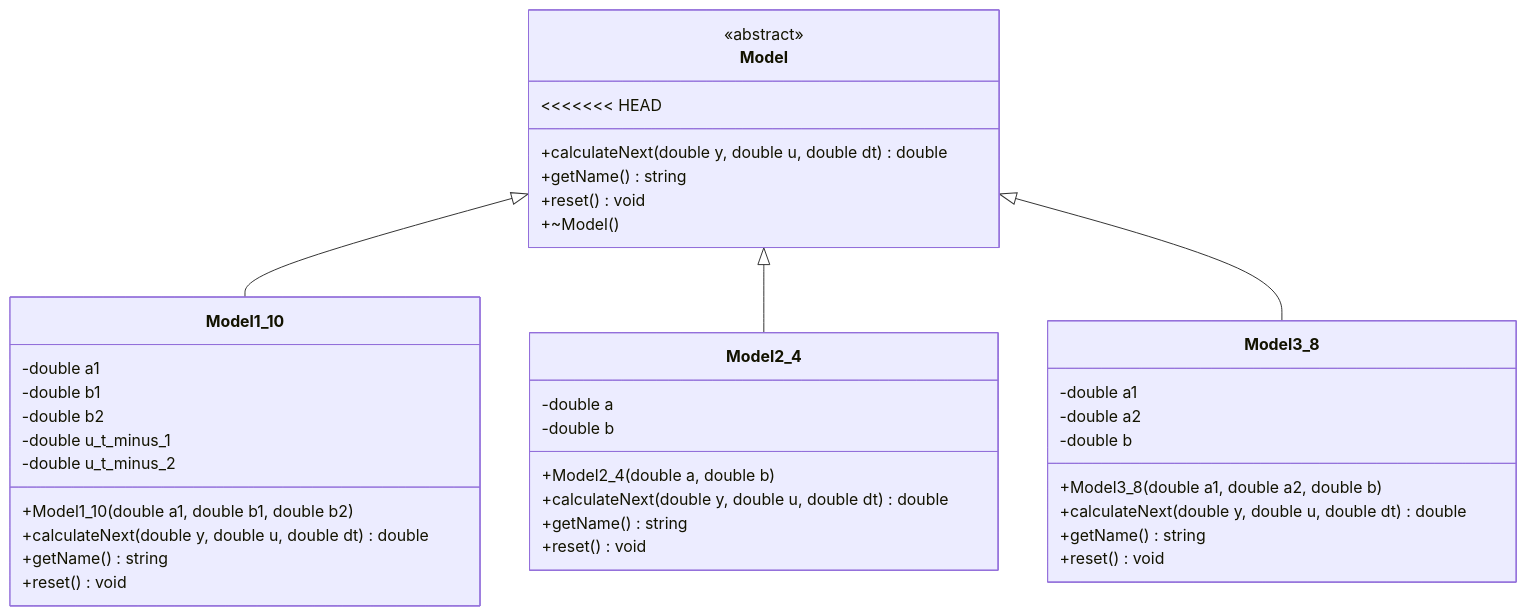
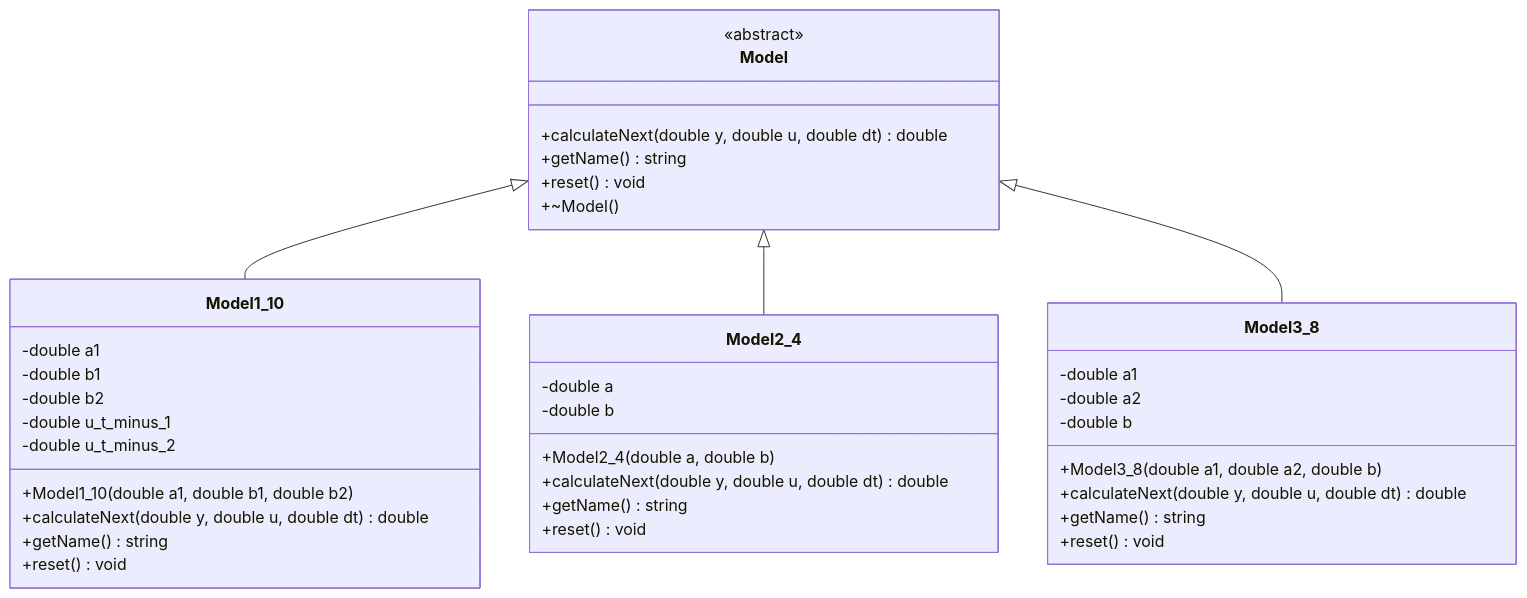
One commit to Arinasvl/OTIS-2026 changed the diagram in trunk/ii02922/task_01/doc/readme.md. Above: the diagram before and after it, drawn with Mermaid. The commit also changed other lines of this file, not shown here.

````diff
--- a/trunk/ii02922/task_01/doc/readme.md
+++ b/trunk/ii02922/task_01/doc/readme.md
@@ -136,47 +54,46 @@
 ```mermaid
 classDiagram
     class Model {
         <<abstract>>
-<<<<<<< HEAD
         +calculateNext(double y, double u, double dt) double
         +getName() string
         +reset() void
         +~Model()
     }
 
     class Model1_10 {
         -double a1
         -double b1
         -double b2
         -double u_t_minus_1
         -double u_t_minus_2
         +Model1_10(double a1, double b1, double b2)
         +calculateNext(double y, double u, double dt) double
         +getName() string
         +reset() void
     }
 
     class Model2_4 {
         -double a
         -double b
         +Model2_4(double a, double b)
         +calculateNext(double y, double u, double dt) double
         +getName() string
         +reset() void
     }
 
     class Model3_8 {
         -double a1
         -double a2
         -double b
         +Model3_8(double a1, double a2, double b)
         +calculateNext(double y, double u, double dt) double
         +getName() string
         +reset() void
     }
 
     Model <|-- Model1_10
     Model <|-- Model2_4
     Model <|-- Model3_8
 
 ```
````
